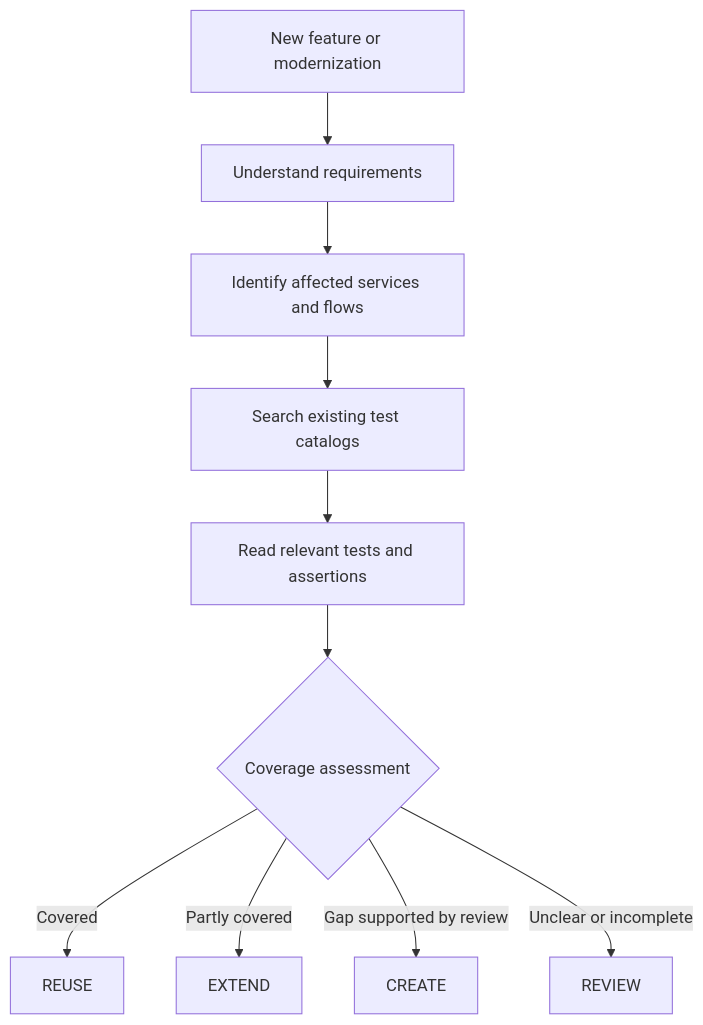
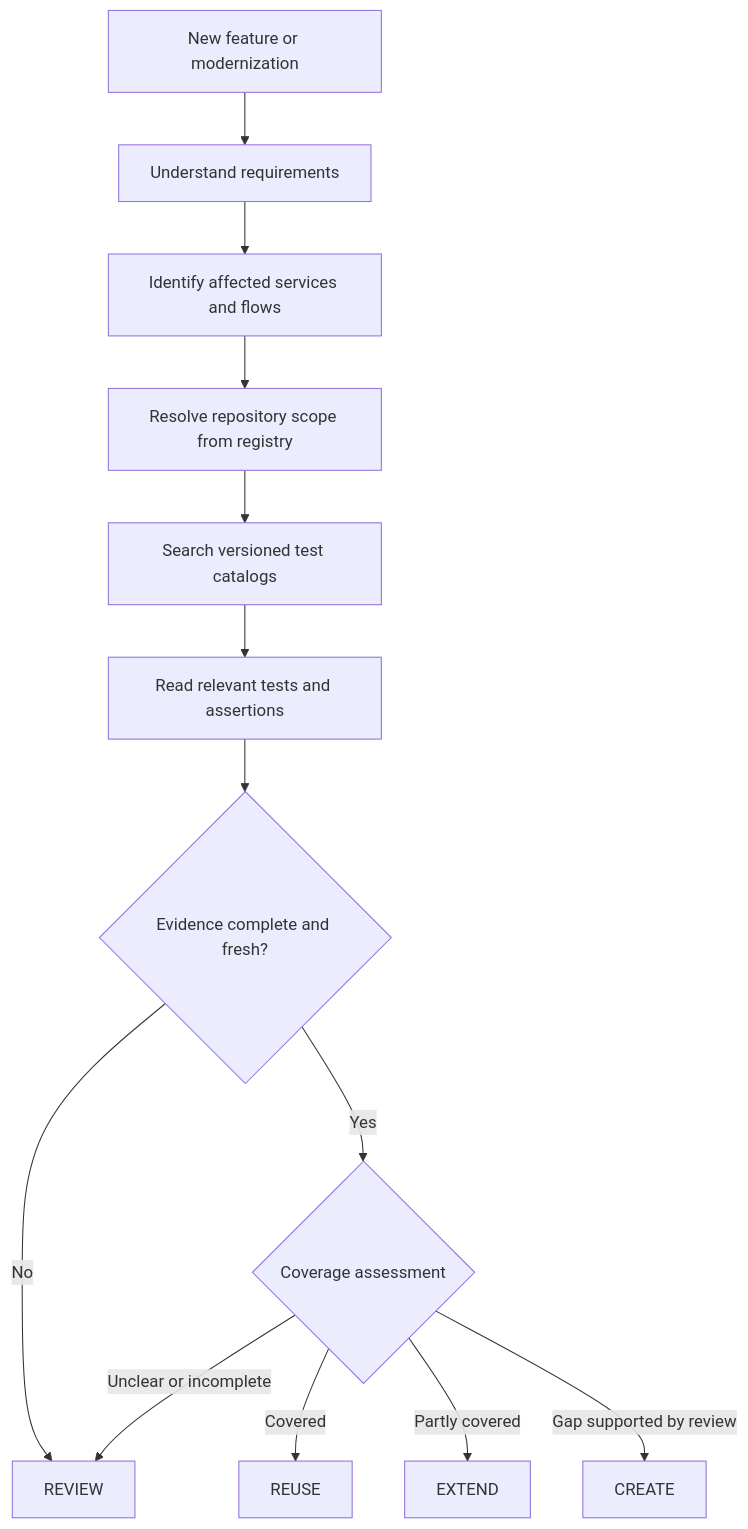
Before and after one commit to ghostlives/qa-catalog-indexing-architecture: the diagram in docs/02-proposed-solution.md, drawn with Mermaid. The commit also changed other lines of this file and 6 other files, not shown here.

Commit message:
docs: harden QA catalog architecture

````diff
--- a/docs/02-proposed-solution.md
+++ b/docs/02-proposed-solution.md
@@ -64,12 +118,15 @@
 ```mermaid
 flowchart TD
     A["New feature or modernization"] --> B["Understand requirements"]
     B --> C["Identify affected services and flows"]
-    C --> D["Search existing test catalogs"]
+    C --> R["Resolve repository scope from registry"]
+    R --> D["Search versioned test catalogs"]
     D --> E["Read relevant tests and assertions"]
-    E --> F{"Coverage assessment"}
+    E --> K{"Evidence complete and fresh?"}
+    K -->|"No"| J["REVIEW"]
+    K -->|"Yes"| F{"Coverage assessment"}
     F -->|"Covered"| G["REUSE"]
     F -->|"Partly covered"| H["EXTEND"]
     F -->|"Gap supported by review"| I["CREATE"]
     F -->|"Unclear or incomplete"| J["REVIEW"]
 ```
````
